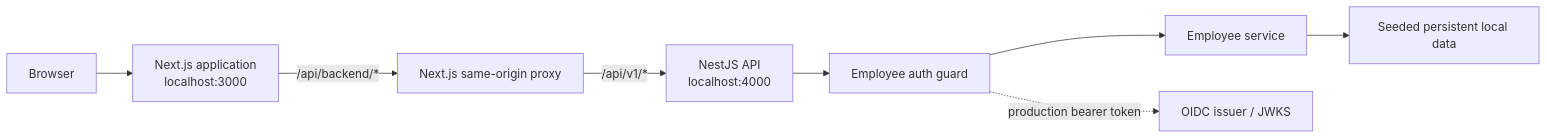
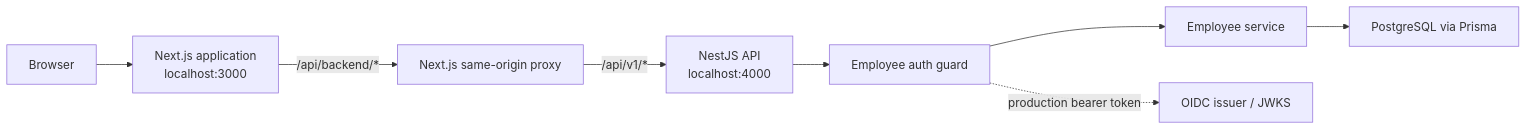
One commit to Tanvesh18/PulseAI changed the diagram in README.md. Above: the diagram before and after it, drawn with Mermaid. The commit also changed other lines of this file and 63 other files, not shown here.

````diff
--- a/README.md
+++ b/README.md
@@ -92,10 +92,10 @@
 ```mermaid
 flowchart LR
     B[Browser] --> N[Next.js application<br/>localhost:3000]
     N -->|/api/backend/*| P[Next.js same-origin proxy]
     P -->|/api/v1/*| A[NestJS API<br/>localhost:4000]
     A --> G[Employee auth guard]
     G --> S[Employee service]
-    S --> D[Seeded persistent local data]
+    S --> D[PostgreSQL via Prisma]
     G -. production bearer token .-> I[OIDC issuer / JWKS]
 ```
````
